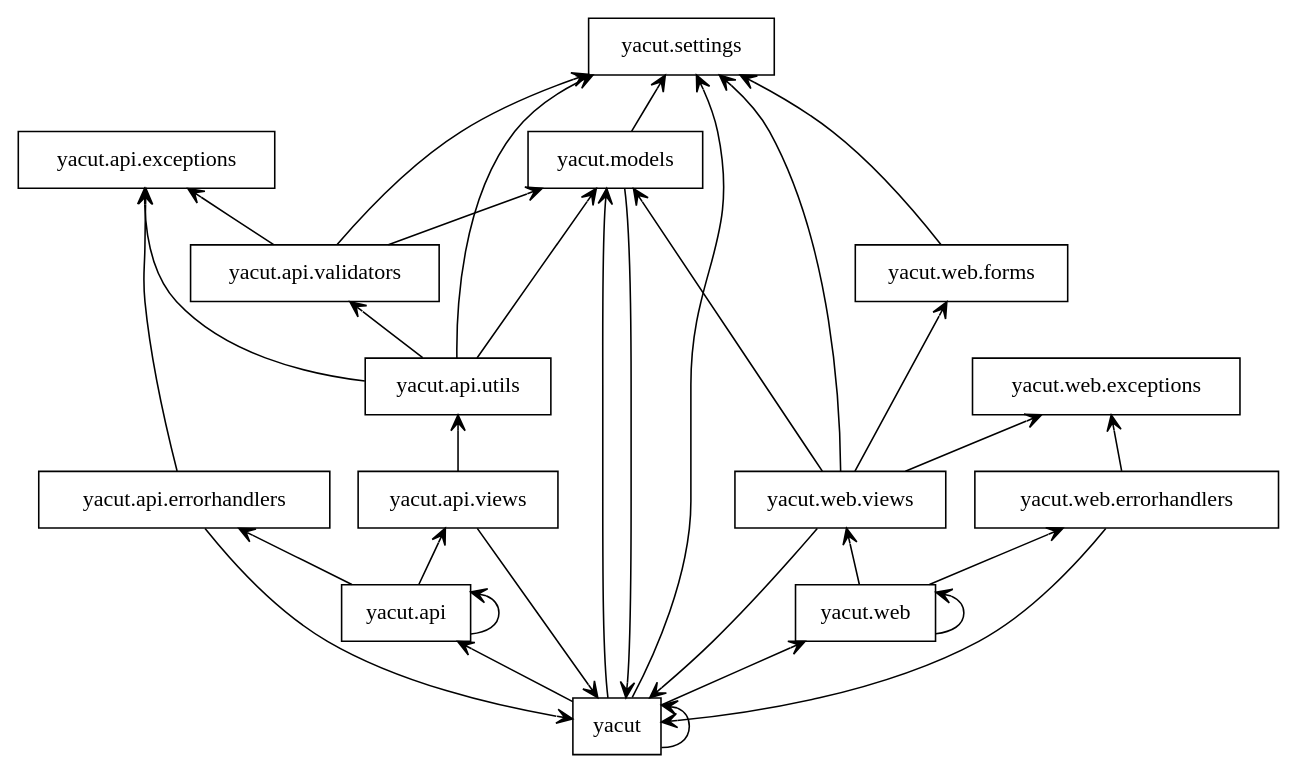
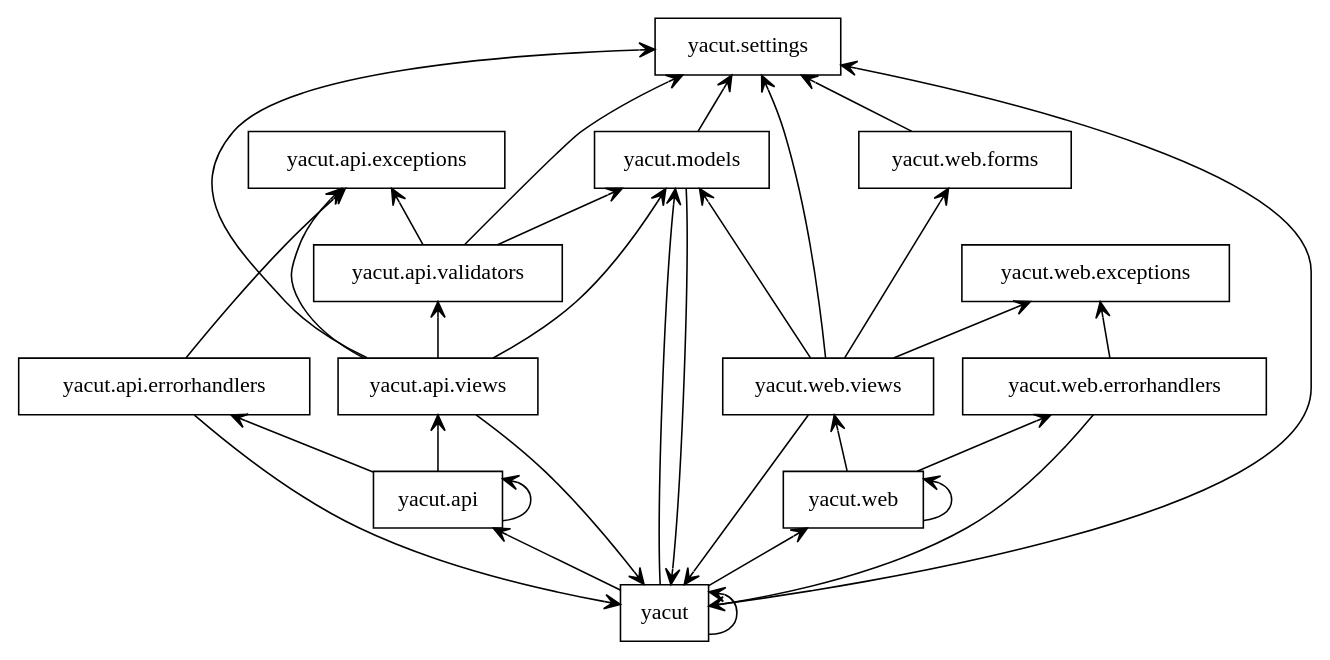
The diagram in packages.dot (Raidzin/yacut), drawn with Graphviz before and after one commit. The commit also changed 5 other files, not shown here.

```diff
--- a/packages.dot
+++ b/packages.dot
@@ -1,50 +1,48 @@
 digraph "packages" {
 rankdir=BT
 charset="utf-8"
 "yacut" [color="black", label="yacut", shape="box", style="solid"];
 "yacut.api" [color="black", label="yacut.api", shape="box", style="solid"];
 "yacut.api.errorhandlers" [color="black", label="yacut.api.errorhandlers", shape="box", style="solid"];
 "yacut.api.exceptions" [color="black", label="yacut.api.exceptions", shape="box", style="solid"];
-"yacut.api.utils" [color="black", label="yacut.api.utils", shape="box", style="solid"];
 "yacut.api.validators" [color="black", label="yacut.api.validators", shape="box", style="solid"];
 "yacut.api.views" [color="black", label="yacut.api.views", shape="box", style="solid"];
 "yacut.models" [color="black", label="yacut.models", shape="box", style="solid"];
 "yacut.settings" [color="black", label="yacut.settings", shape="box", style="solid"];
 "yacut.web" [color="black", label="yacut.web", shape="box", style="solid"];
 "yacut.web.errorhandlers" [color="black", label="yacut.web.errorhandlers", shape="box", style="solid"];
 "yacut.web.exceptions" [color="black", label="yacut.web.exceptions", shape="box", style="solid"];
 "yacut.web.forms" [color="black", label="yacut.web.forms", shape="box", style="solid"];
 "yacut.web.views" [color="black", label="yacut.web.views", shape="box", style="solid"];
 "yacut" -> "yacut" [arrowhead="open", arrowtail="none"];
 "yacut" -> "yacut.api" [arrowhead="open", arrowtail="none"];
 "yacut" -> "yacut.models" [arrowhead="open", arrowtail="none"];
 "yacut" -> "yacut.settings" [arrowhead="open", arrowtail="none"];
 "yacut" -> "yacut.web" [arrowhead="open", arrowtail="none"];
 "yacut.api" -> "yacut.api" [arrowhead="open", arrowtail="none"];
 "yacut.api" -> "yacut.api.errorhandlers" [arrowhead="open", arrowtail="none"];
 "yacut.api" -> "yacut.api.views" [arrowhead="open", arrowtail="none"];
 "yacut.api.errorhandlers" -> "yacut" [arrowhead="open", arrowtail="none"];
 "yacut.api.errorhandlers" -> "yacut.api.exceptions" [arrowhead="open", arrowtail="none"];
-"yacut.api.utils" -> "yacut.api.exceptions" [arrowhead="open", arrowtail="none"];
-"yacut.api.utils" -> "yacut.api.validators" [arrowhead="open", arrowtail="none"];
-"yacut.api.utils" -> "yacut.models" [arrowhead="open", arrowtail="none"];
-"yacut.api.utils" -> "yacut.settings" [arrowhead="open", arrowtail="none"];
 "yacut.api.validators" -> "yacut.api.exceptions" [arrowhead="open", arrowtail="none"];
 "yacut.api.validators" -> "yacut.models" [arrowhead="open", arrowtail="none"];
 "yacut.api.validators" -> "yacut.settings" [arrowhead="open", arrowtail="none"];
 "yacut.api.views" -> "yacut" [arrowhead="open", arrowtail="none"];
-"yacut.api.views" -> "yacut.api.utils" [arrowhead="open", arrowtail="none"];
+"yacut.api.views" -> "yacut.api.exceptions" [arrowhead="open", arrowtail="none"];
+"yacut.api.views" -> "yacut.api.validators" [arrowhead="open", arrowtail="none"];
+"yacut.api.views" -> "yacut.models" [arrowhead="open", arrowtail="none"];
+"yacut.api.views" -> "yacut.settings" [arrowhead="open", arrowtail="none"];
 "yacut.models" -> "yacut" [arrowhead="open", arrowtail="none"];
 "yacut.models" -> "yacut.settings" [arrowhead="open", arrowtail="none"];
 "yacut.web" -> "yacut.web" [arrowhead="open", arrowtail="none"];
 "yacut.web" -> "yacut.web.errorhandlers" [arrowhead="open", arrowtail="none"];
 "yacut.web" -> "yacut.web.views" [arrowhead="open", arrowtail="none"];
 "yacut.web.errorhandlers" -> "yacut" [arrowhead="open", arrowtail="none"];
 "yacut.web.errorhandlers" -> "yacut.web.exceptions" [arrowhead="open", arrowtail="none"];
 "yacut.web.forms" -> "yacut.settings" [arrowhead="open", arrowtail="none"];
 "yacut.web.views" -> "yacut" [arrowhead="open", arrowtail="none"];
 "yacut.web.views" -> "yacut.models" [arrowhead="open", arrowtail="none"];
 "yacut.web.views" -> "yacut.settings" [arrowhead="open", arrowtail="none"];
 "yacut.web.views" -> "yacut.web.exceptions" [arrowhead="open", arrowtail="none"];
 "yacut.web.views" -> "yacut.web.forms" [arrowhead="open", arrowtail="none"];
 }
```
